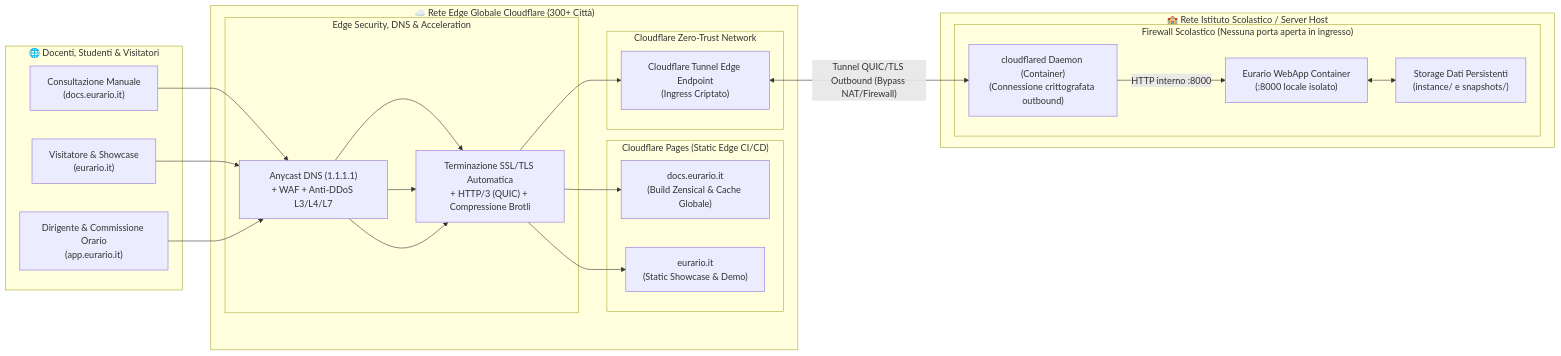
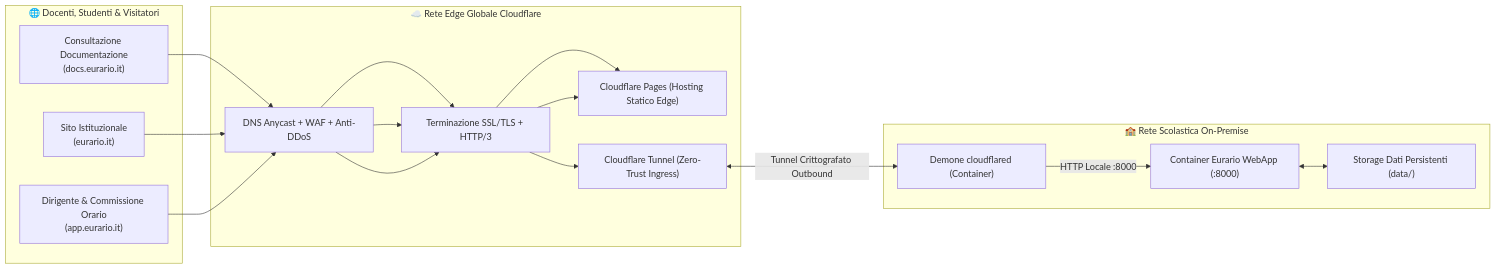
Before and after one commit to carlorigoni/eurario: the fourth of 4 diagrams in docs/architecture.md, drawn with Mermaid. The commit also changed other lines of this file and 13 other files, not shown here.

````diff
--- a/docs/architecture.md
+++ b/docs/architecture.md
@@ -274,37 +243,28 @@
 ```mermaid
 flowchart LR
     subgraph InternetUsers["🌐 Docenti, Studenti & Visitatori"]
-        BrowserDocs["Consultazione Manuale\n(docs.eurario.it)"]
-        BrowserLanding["Visitatore & Showcase\n(eurario.it)"]
+        BrowserDocs["Consultazione Documentazione\n(docs.eurario.it)"]
+        BrowserLanding["Sito Istituzionale\n(eurario.it)"]
         BrowserApp["Dirigente & Commissione Orario\n(app.eurario.it)"]
     end
 
-    subgraph CloudflareGlobal["☁️ Rete Edge Globale Cloudflare (300+ Città)"]
-        subgraph CFEnhancements["Edge Security, DNS & Acceleration"]
-            EdgeDNS["Anycast DNS (1.1.1.1)\n+ WAF + Anti-DDoS L3/L4/L7"]
-            EdgeTLS["Terminazione SSL/TLS Automatica\n+ HTTP/3 (QUIC) + Compressione Brotli"]
-        end
-        subgraph CFPages["Cloudflare Pages (Static Edge CI/CD)"]
-            EdgeDocs["docs.eurario.it\n(Build Zensical & Cache Globale)"]
-            EdgeLanding["eurario.it\n(Static Showcase & Demo)"]
-        end
-        subgraph CFTunnel["Cloudflare Zero-Trust Network"]
-            EdgeTunnelEndpoint["Cloudflare Tunnel Edge Endpoint\n(Ingress Criptato)"]
-        end
+    subgraph CloudflareGlobal["☁️ Rete Edge Globale Cloudflare"]
+        EdgeDNS["DNS Anycast + WAF + Anti-DDoS"]
+        EdgeTLS["Terminazione SSL/TLS + HTTP/3"]
+        CFPages["Cloudflare Pages (Hosting Statico Edge)"]
+        CFTunnel["Cloudflare Tunnel (Zero-Trust Ingress)"]
     end
 
-    subgraph SchoolInfrastructure["🏫 Rete Istituto Scolastico / Server Host"]
-        subgraph LocalFirewall["Firewall Scolastico (Nessuna porta aperta in ingresso)"]
-            Cloudflared["cloudflared Daemon (Container)\n(Connessione crittografata outbound)"]
-            EurarioContainer["Eurario WebApp Container\n(:8000 locale isolato)"]
-            SchoolData["Storage Dati Persistenti\n(instance/ e snapshots/)"]
-        end
+    subgraph SchoolInfrastructure["🏫 Rete Scolastica On-Premise"]
+        Cloudflared["Demone cloudflared (Container)"]
+        EurarioContainer["Container Eurario WebApp (:8000)"]
+        SchoolData["Storage Dati Persistenti (data/)"]
     end
 
-    BrowserDocs --> EdgeDNS --> EdgeTLS --> EdgeDocs
-    BrowserLanding --> EdgeDNS --> EdgeTLS --> EdgeLanding
-    BrowserApp --> EdgeDNS --> EdgeTLS --> EdgeTunnelEndpoint
-    EdgeTunnelEndpoint <-->|"Tunnel QUIC/TLS Outbound (Bypass NAT/Firewall)"| Cloudflared
-    Cloudflared -->|"HTTP interno :8000"| EurarioContainer
+    BrowserDocs --> EdgeDNS --> EdgeTLS --> CFPages
+    BrowserLanding --> EdgeDNS --> EdgeTLS --> CFPages
+    BrowserApp --> EdgeDNS --> EdgeTLS --> CFTunnel
+    CFTunnel <-->|"Tunnel Crittografato Outbound"| Cloudflared
+    Cloudflared -->|"HTTP Locale :8000"| EurarioContainer
     EurarioContainer <--> SchoolData
 ```
````
